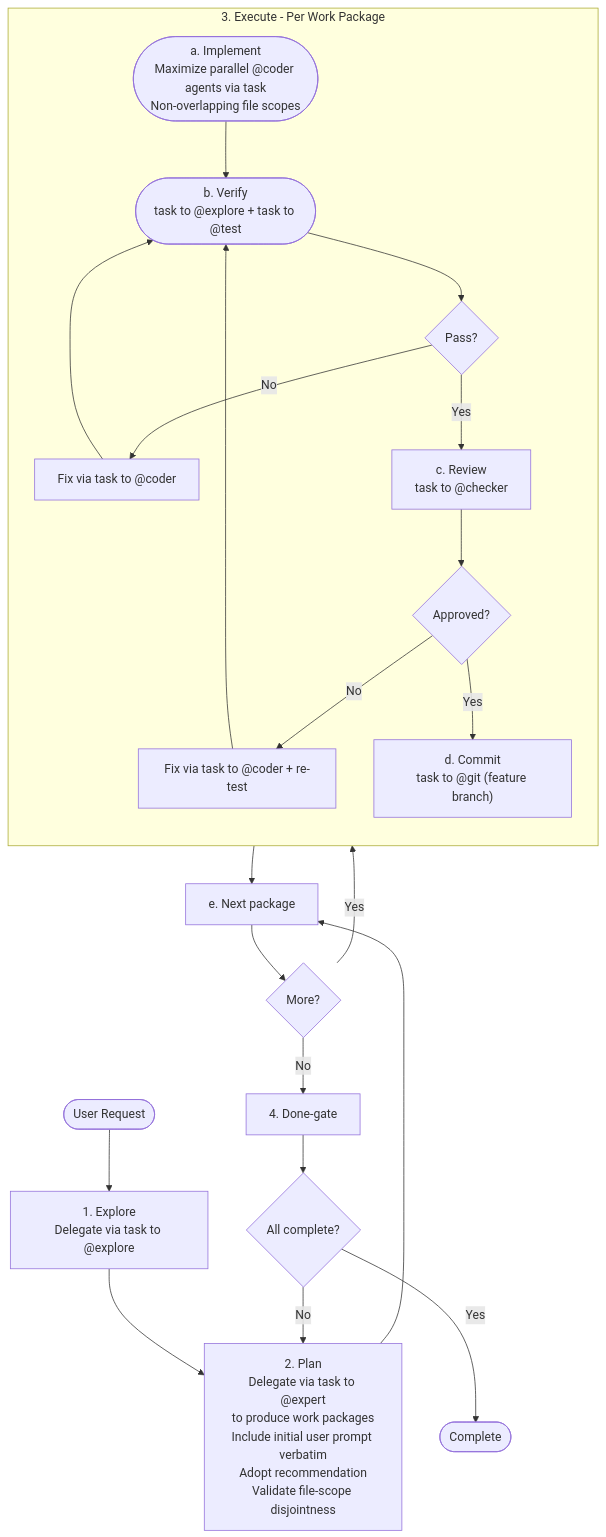
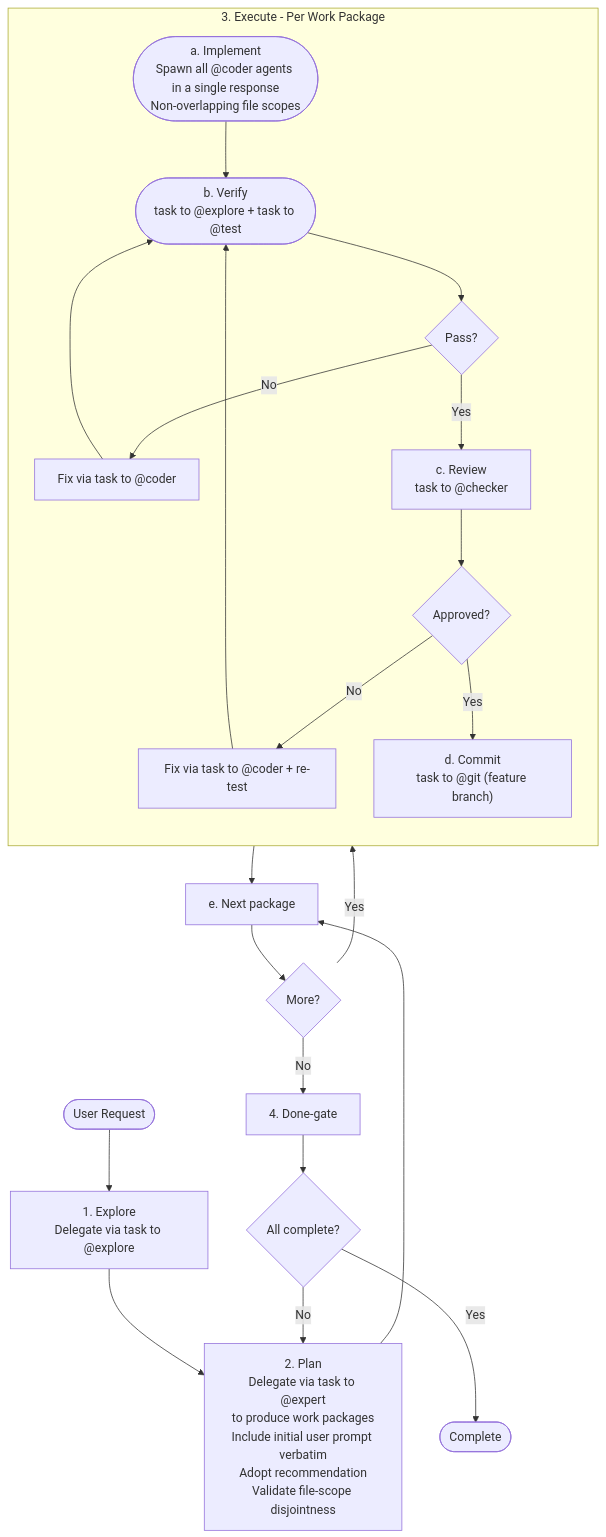
Before and after one commit to juliankahlert/opencode-config: the diagram in pages/src/absurd/autonom.md, drawn with Mermaid. The commit also changed other lines of this file and 9 other files, not shown here.

````diff
--- a/pages/src/absurd/autonom.md
+++ b/pages/src/absurd/autonom.md
@@ -29,28 +29,28 @@
 ```mermaid
 flowchart TD
     START([User Request]) --> EXPLORE
     EXPLORE["<span>1.</span> Explore<br/>Delegate via task to @explore"] --> PLAN
 
     PLAN["<span>2.</span> Plan<br/>Delegate via task to @expert<br/>to produce work packages<br/>Include initial user prompt verbatim<br/>Adopt recommendation<br/>Validate file-scope disjointness"] --> NEXT
     NEXT --> MORE{More?}
     MORE -->|Yes| EXEC
 
     subgraph EXEC ["<span>3.</span> Execute - Per Work Package"]
         direction TB
-        IMPL(["<span>a.</span> Implement<br/>Maximize parallel @coder agents via task<br/>Non-overlapping file scopes"]) --> VERIFY
+        IMPL(["<span>a.</span> Implement<br/>Spawn all @coder agents in a single response<br/>Non-overlapping file scopes"]) --> VERIFY
         VERIFY(["<span>b.</span> Verify<br/>task to @explore + task to @test"]) --> VPASS{Pass?}
         VPASS -->|No| FIX1[Fix via task to @coder] --> VERIFY
         VPASS -->|Yes| REVIEW
         REVIEW["<span>c.</span> Review<br/>task to @checker"] --> RPASS{Approved?}
         RPASS -->|No| FIX2[Fix via task to @coder + re-test] --> VERIFY
         RPASS -->|Yes| COMMIT
         COMMIT["<span>d.</span> Commit<br/>task to @git (feature branch)"]
     end
 
     MORE -->|No| DONE
     COMMIT --> NEXT["<span>e.</span> Next package"]
 
     DONE["<span>4.</span> Done-gate"] --> CHECK{All complete?}
     CHECK -->|No| PLAN
     CHECK -->|Yes| END([Complete])
 ```
````
